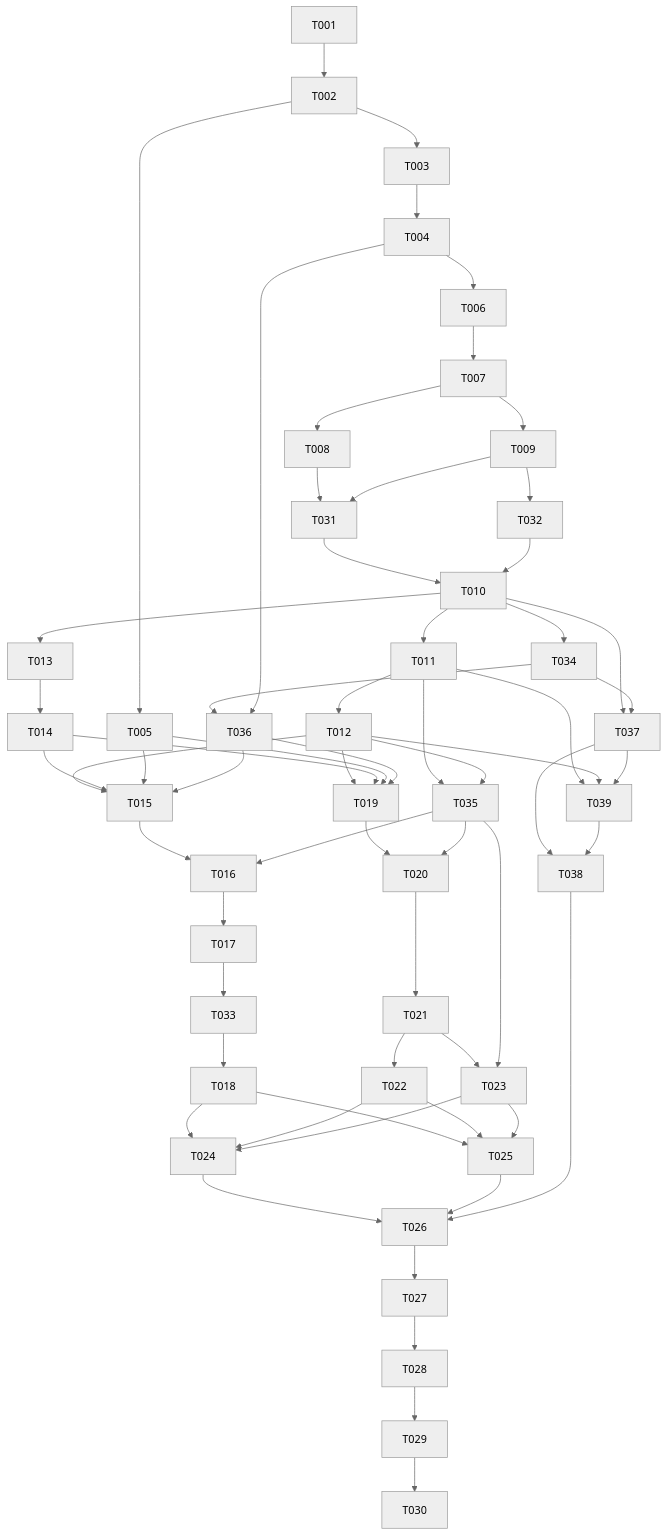
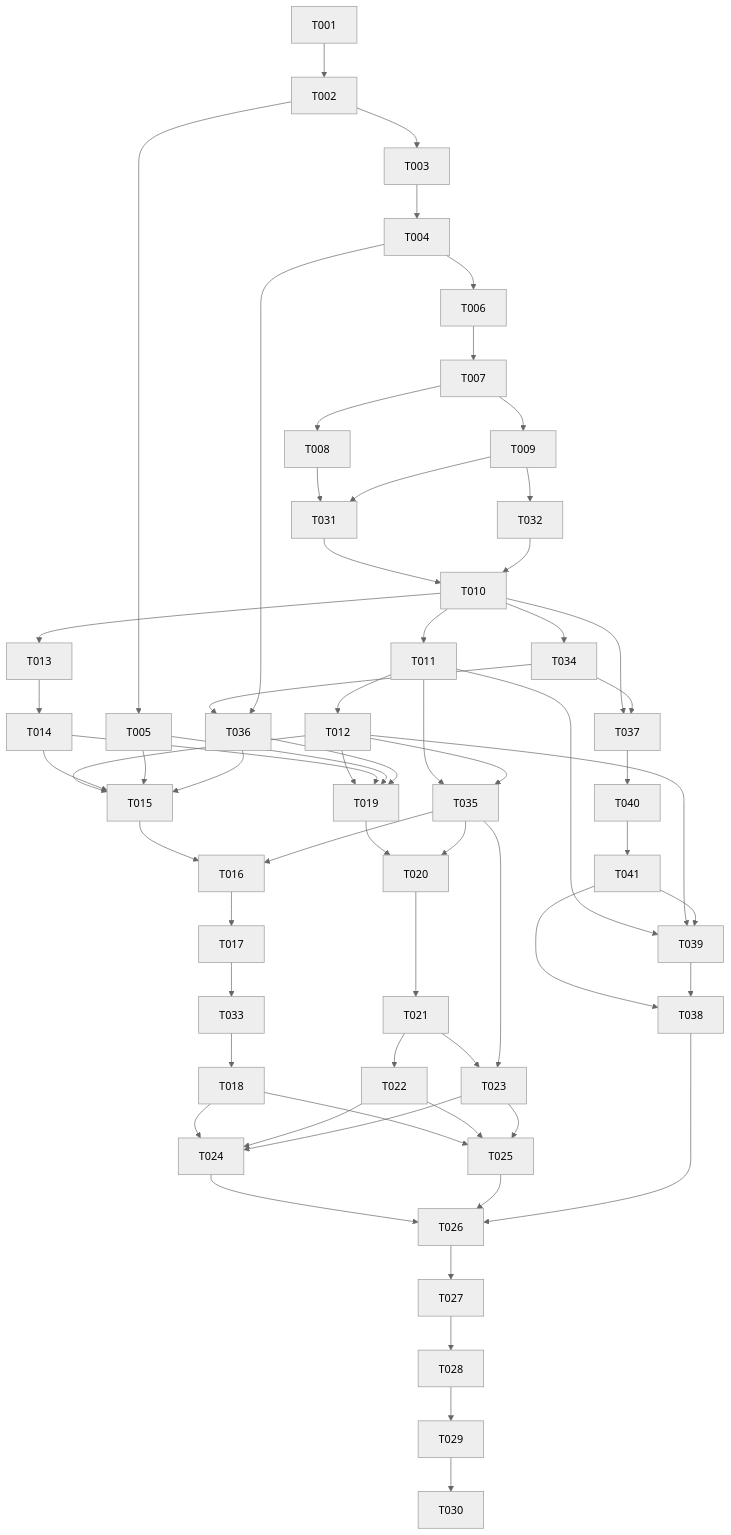
Before and after one commit to ronronner02/multi-agent: the diagram in docs/tasks/2026-10-13-001-feat-multi-agent-team-tasks.md, drawn with Mermaid (neutral theme). The commit also changed other lines of this file and 2 other files, not shown here.

````diff
--- a/docs/tasks/2026-10-13-001-feat-multi-agent-team-tasks.md
+++ b/docs/tasks/2026-10-13-001-feat-multi-agent-team-tasks.md
@@ -118,51 +118,53 @@
 ```mermaid
 flowchart TD
   T001 --> T002
   T002 --> T003 --> T004 --> T006 --> T007
   T002 --> T005
   T007 --> T008
   T007 --> T009
   T008 --> T031
   T009 --> T031
   T009 --> T032
   T031 --> T010
   T032 --> T010
   T010 --> T011 --> T012
   T010 --> T013 --> T014
   T012 --> T015
   T014 --> T015
   T005 --> T015
   T015 --> T016 --> T017 --> T033 --> T018
   T012 --> T019
   T014 --> T019
   T005 --> T019
   T019 --> T020 --> T021
   T021 --> T022
   T021 --> T023
   T018 --> T024
   T022 --> T024
   T023 --> T024
   T018 --> T025
   T022 --> T025
   T023 --> T025
   T024 --> T026
   T025 --> T026
   T010 --> T034 --> T036
   T010 --> T037
   T034 --> T037
-  T037 --> T038
+  T037 --> T040
+  T040 --> T041
+  T041 --> T038
   T011 --> T039
   T012 --> T039
-  T037 --> T039
+  T041 --> T039
   T039 --> T038
   T038 --> T026
   T004 --> T036
   T036 --> T015
   T036 --> T019
   T011 --> T035
   T012 --> T035
   T035 --> T016
   T035 --> T020
   T035 --> T023
   T026 --> T027 --> T028 --> T029 --> T030
 ```
````
